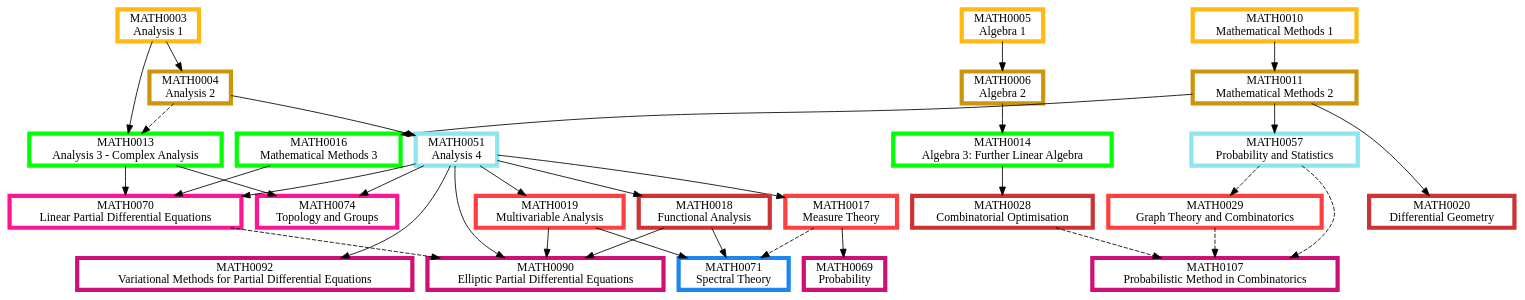
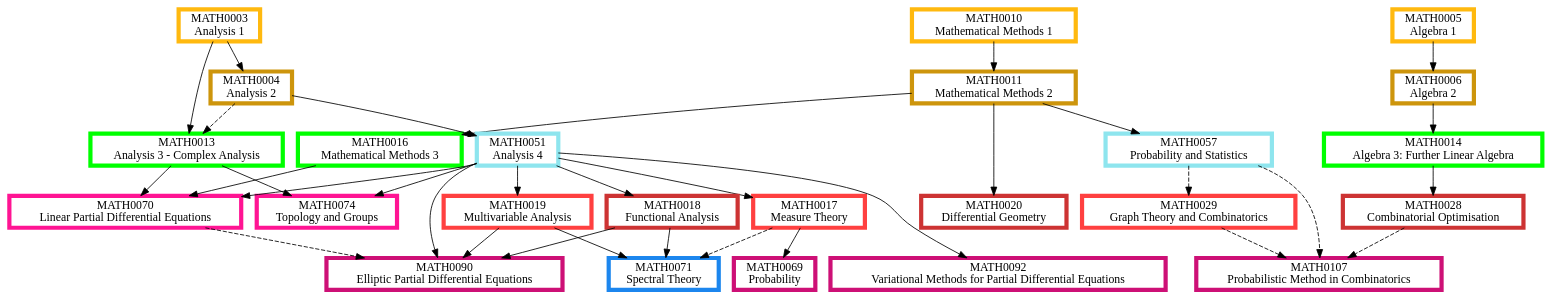
One commit to matthew-towers/pathways changed the diagram in Analysis.dot. Above: the diagram before and after it, drawn with Graphviz. The commit also changed other lines of this file and 12 other files, not shown here.

```diff
--- a/Analysis.dot
+++ b/Analysis.dot
@@ -1,110 +1,110 @@
 digraph {
 	node [fillcolor=white penwidth=5 shape=box style="filled,bold"]
 	subgraph "1.0 1" {
 		rank=same
 		MATH0003 [label="MATH0003
 Analysis 1" color=darkgoldenrod1 href="https://www.ucl.ac.uk/maths/sites/maths/files/math0003.pdf" tooltip="Year 1, term 1"]
 		MATH0010 [label="MATH0010
 Mathematical Methods 1" color=darkgoldenrod1 href="https://www.ucl.ac.uk/maths/sites/maths/files/math0010.pdf" tooltip="Year 1, term 1"]
 		MATH0005 [label="MATH0005
 Algebra 1" color=darkgoldenrod1 href="https://www.ucl.ac.uk/maths/sites/maths/files/math0005.pdf" tooltip="Year 1, term 1"]
 	}
-	MATH0005 -> MATH0006
 	MATH0010 -> MATH0011
 	MATH0003 -> MATH0004
+	MATH0005 -> MATH0006
 	subgraph "1.0 2" {
 		rank=same
-		MATH0006 [label="MATH0006
-Algebra 2" color=darkgoldenrod3 href="https://www.ucl.ac.uk/maths/sites/maths/files/math0006.pdf" tooltip="Year 1, term 2"]
 		MATH0011 [label="MATH0011
 Mathematical Methods 2" color=darkgoldenrod3 href="https://www.ucl.ac.uk/maths/sites/maths/files/math0011_2.pdf" tooltip="Year 1, term 2"]
 		MATH0004 [label="MATH0004
 Analysis 2" color=darkgoldenrod3 href="https://www.ucl.ac.uk/maths/sites/maths/files/math0004.pdf" tooltip="Year 1, term 2"]
+		MATH0006 [label="MATH0006
+Algebra 2" color=darkgoldenrod3 href="https://www.ucl.ac.uk/maths/sites/maths/files/math0006.pdf" tooltip="Year 1, term 2"]
 	}
 	MATH0011 -> MATH0016
-	MATH0006 -> MATH0014
 	MATH0003 -> MATH0013
 	MATH0004 -> MATH0013 [style=dashed]
+	MATH0006 -> MATH0014
 	subgraph "2 1" {
 		rank=same
 		MATH0016 [label="MATH0016
 Mathematical Methods 3" color=green1 href="https://www.ucl.ac.uk/maths/sites/maths/files/math0016.pdf" tooltip="Year 2, term 1"]
+		MATH0013 [label="MATH0013
+Analysis 3 - Complex Analysis" color=green1 href="https://www.ucl.ac.uk/maths/sites/maths/files/math0013.pdf" tooltip="Year 2, term 1"]
 		MATH0014 [label="MATH0014
 Algebra 3: Further Linear Algebra" color=green1 href="https://www.ucl.ac.uk/maths/sites/maths/files/math0014.pdf" tooltip="Year 2, term 1"]
-		MATH0013 [label="MATH0013
-Analysis 3 - Complex Analysis" color=green1 href="https://www.ucl.ac.uk/maths/sites/maths/files/math0013.pdf" tooltip="Year 2, term 1"]
 	}
+	MATH0004 -> MATH0051
 	MATH0011 -> MATH0057
-	MATH0004 -> MATH0051
 	subgraph "2.5 2" {
 		rank=same
+		MATH0051 [label="MATH0051
+Analysis 4" color=cadetblue2 href="https://www.ucl.ac.uk/maths/sites/maths/files/math0051.pdf" tooltip="Year 2 or 3, term 2"]
 		MATH0057 [label="MATH0057
 Probability and Statistics" color=cadetblue2 href="https://www.ucl.ac.uk/maths/sites/maths/files/math0057.pdf" tooltip="Year 2 or 3, term 2"]
-		MATH0051 [label="MATH0051
-Analysis 4" color=cadetblue2 href="https://www.ucl.ac.uk/maths/sites/maths/files/math0051.pdf" tooltip="Year 2 or 3, term 2"]
 	}
-	MATH0051 -> MATH0017
 	MATH0051 -> MATH0019
 	MATH0057 -> MATH0029 [style=dashed]
+	MATH0051 -> MATH0017
 	subgraph "3.0 1" {
 		rank=same
-		MATH0017 [label="MATH0017
-Measure Theory" color=brown1 href="https://www.ucl.ac.uk/maths/sites/maths/files/math0017.pdf" tooltip="Year 3, term 1"]
 		MATH0019 [label="MATH0019
 Multivariable Analysis" color=brown1 href="https://www.ucl.ac.uk/maths/sites/maths/files/math0019.pdf" tooltip="Year 3, term 1"]
 		MATH0029 [label="MATH0029
 Graph Theory and Combinatorics" color=brown1 href="https://www.ucl.ac.uk/maths/sites/maths/files/math0029.pdf" tooltip="Year 3, term 1"]
+		MATH0017 [label="MATH0017
+Measure Theory" color=brown1 href="https://www.ucl.ac.uk/maths/sites/maths/files/math0017.pdf" tooltip="Year 3, term 1"]
 	}
+	MATH0051 -> MATH0018
 	MATH0011 -> MATH0020
-	MATH0051 -> MATH0018
 	MATH0014 -> MATH0028
 	subgraph "3.0 2" {
 		rank=same
+		MATH0018 [label="MATH0018
+Functional Analysis" color=brown3 href="https://www.ucl.ac.uk/maths/sites/maths/files/math0018.pdf" tooltip="Year 3, term 2"]
 		MATH0020 [label="MATH0020
 Differential Geometry" color=brown3 href="https://www.ucl.ac.uk/maths/sites/maths/files/math0020.pdf" tooltip="Year 3, term 2"]
-		MATH0018 [label="MATH0018
-Functional Analysis" color=brown3 href="https://www.ucl.ac.uk/maths/sites/maths/files/math0018.pdf" tooltip="Year 3, term 2"]
 		MATH0028 [label="MATH0028
 Combinatorial Optimisation" color=brown3 href="https://www.ucl.ac.uk/maths/sites/maths/files/math0028.pdf" tooltip="Year 3, term 2"]
 	}
 	MATH0013 -> MATH0074
 	MATH0051 -> MATH0074
 	MATH0013 -> MATH0070
 	MATH0016 -> MATH0070
 	MATH0051 -> MATH0070
 	subgraph "3.5 1" {
 		rank=same
 		MATH0074 [label="MATH0074
 Topology and Groups" color=deeppink1 href="https://www.ucl.ac.uk/maths/sites/maths/files/math0074.pdf" tooltip="Year 3 or 4, term 1"]
 		MATH0070 [label="MATH0070
 Linear Partial Differential Equations" color=deeppink1 href="https://www.ucl.ac.uk/maths/sites/maths/files/math0070.pdf" tooltip="Year 3 or 4, term 1"]
 	}
 	MATH0051 -> MATH0092
 	MATH0017 -> MATH0069
 	MATH0070 -> MATH0090 [style=dashed]
 	MATH0051 -> MATH0090
 	MATH0018 -> MATH0090
 	MATH0019 -> MATH0090
 	MATH0029 -> MATH0107 [style=dashed]
 	MATH0028 -> MATH0107 [style=dashed]
 	MATH0057 -> MATH0107 [style=dashed]
 	subgraph "3.5 2" {
 		rank=same
 		MATH0092 [label="MATH0092
 Variational Methods for Partial Differential Equations" color=deeppink3 href="https://www.ucl.ac.uk/maths/sites/maths/files/math0092.pdf" tooltip="Year 3 or 4, term 2"]
 		MATH0069 [label="MATH0069
 Probability" color=deeppink3 href="https://www.ucl.ac.uk/maths/sites/maths/files/math0069.pdf" tooltip="Year 3 or 4, term 2"]
 		MATH0090 [label="MATH0090
 Elliptic Partial Differential Equations" color=deeppink3 href="https://www.ucl.ac.uk/maths/sites/maths/files/math0090.pdf" tooltip="Year 3 or 4, term 2"]
 		MATH0107 [label="MATH0107
 Probabilistic Method in Combinatorics" color=deeppink3 href="https://www.ucl.ac.uk/maths/sites/maths/files/math0107_1.pdf" tooltip="Year 3 or 4, term 2"]
 	}
 	MATH0018 -> MATH0071
 	MATH0019 -> MATH0071
 	MATH0017 -> MATH0071 [style=dashed]
 	subgraph "4.0 1" {
 		rank=same
 		MATH0071 [label="MATH0071
 Spectral Theory" color=dodgerblue2 href="https://www.ucl.ac.uk/maths/sites/maths/files/math0071.pdf" tooltip="Year 4, term 1"]
 	}
 }
```
